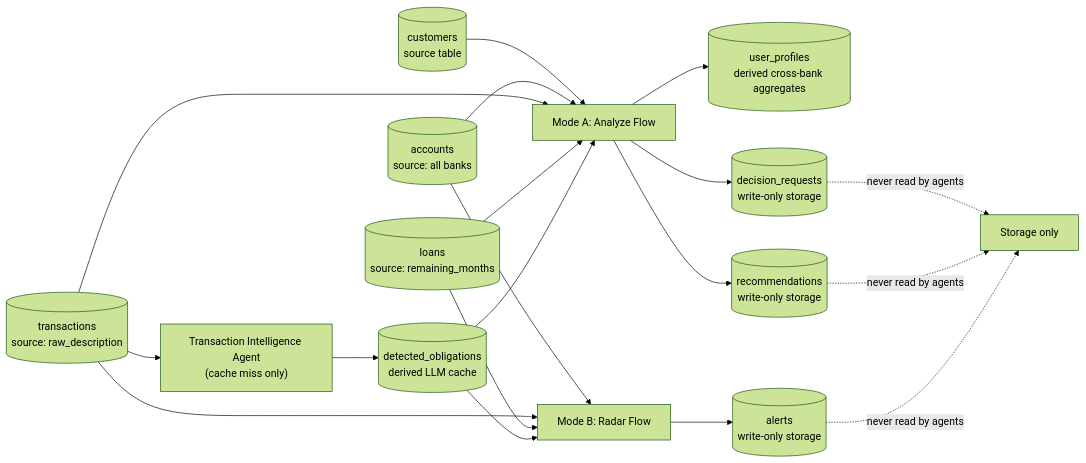
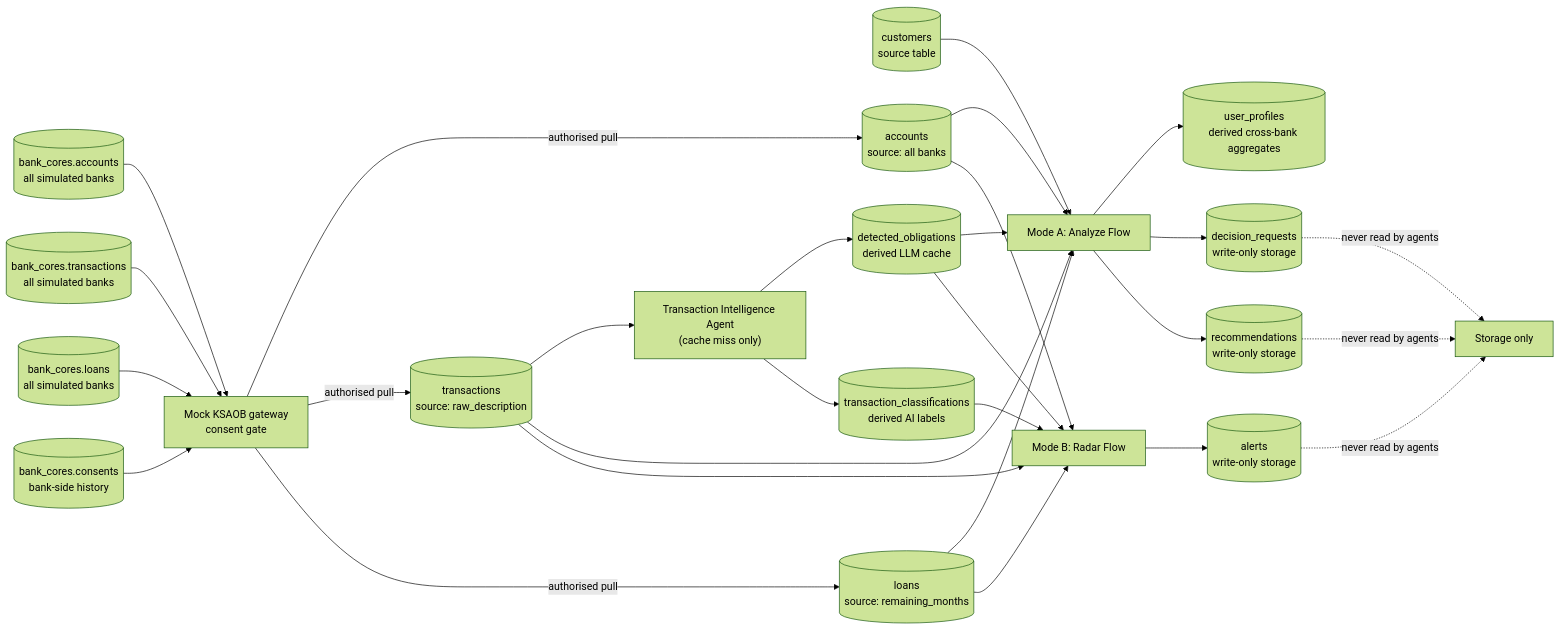
One commit to krrizzer/edraak changed the diagram in BigQuery-design.md. Above: the diagram before and after it, drawn with Mermaid (forest theme). The commit also changed other lines of this file and 70 other files, not shown here.

````diff
--- a/BigQuery-design.md
+++ b/BigQuery-design.md
@@ -3,34 +3,50 @@
 ```mermaid
 flowchart LR
+    CoreAccounts[("bank_cores.accounts<br/>all simulated banks")]
+    CoreTransactions[("bank_cores.transactions<br/>all simulated banks")]
+    CoreLoans[("bank_cores.loans<br/>all simulated banks")]
+    CoreConsents[("bank_cores.consents<br/>bank-side history")]
+    Gateway["Mock KSAOB gateway<br/>consent gate"]
     Customers[("customers<br/>source table")]
     Accounts[("accounts<br/>source: all banks")]
     Transactions[("transactions<br/>source: raw_description")]
     Loans[("loans<br/>source: remaining_months")]
     Obligations[("detected_obligations<br/>derived LLM cache")]
+    Classifications[("transaction_classifications<br/>derived AI labels")]
     Profiles[("user_profiles<br/>derived cross-bank aggregates")]
     Requests[("decision_requests<br/>write-only storage")]
     Recommendations[("recommendations<br/>write-only storage")]
     Alerts[("alerts<br/>write-only storage")]
 
+    CoreAccounts --> Gateway
+    CoreTransactions --> Gateway
+    CoreLoans --> Gateway
+    CoreConsents --> Gateway
+    Gateway -- "authorised pull" --> Accounts
+    Gateway -- "authorised pull" --> Transactions
+    Gateway -- "authorised pull" --> Loans
+
     Transactions --> TIA["Transaction Intelligence Agent<br/>(cache miss only)"]
     TIA --> Obligations
+    TIA --> Classifications
 
     Customers --> Analysis["Mode A: Analyze Flow"]
     Accounts --> Analysis
     Transactions --> Analysis
     Loans --> Analysis
     Obligations --> Analysis
     Analysis --> Profiles
     Analysis --> Requests
     Analysis --> Recommendations
 
     Accounts --> Radar["Mode B: Radar Flow"]
     Transactions --> Radar
+    Classifications --> Radar
     Loans --> Radar
     Obligations --> Radar
     Radar --> Alerts
 
     Requests -. "never read by agents" .-> StorageNote["Storage only"]
     Recommendations -. "never read by agents" .-> StorageNote
     Alerts -. "never read by agents" .-> StorageNote
 ```
````
